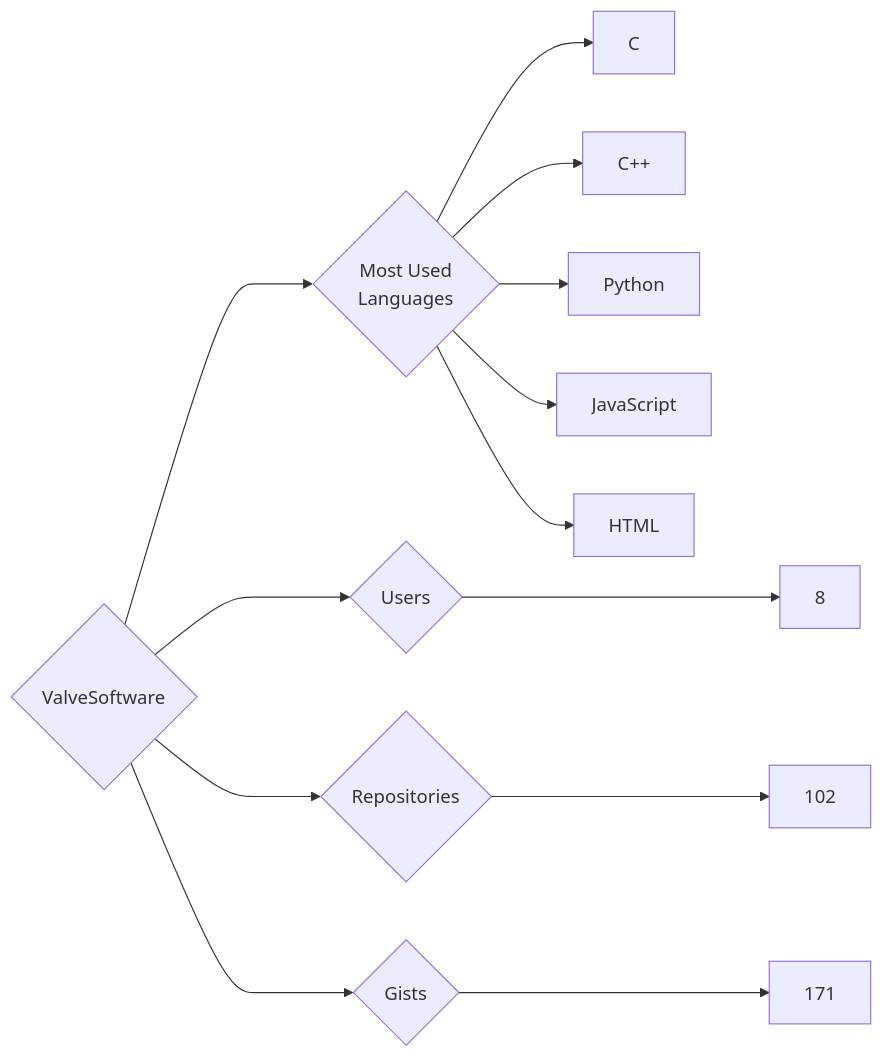
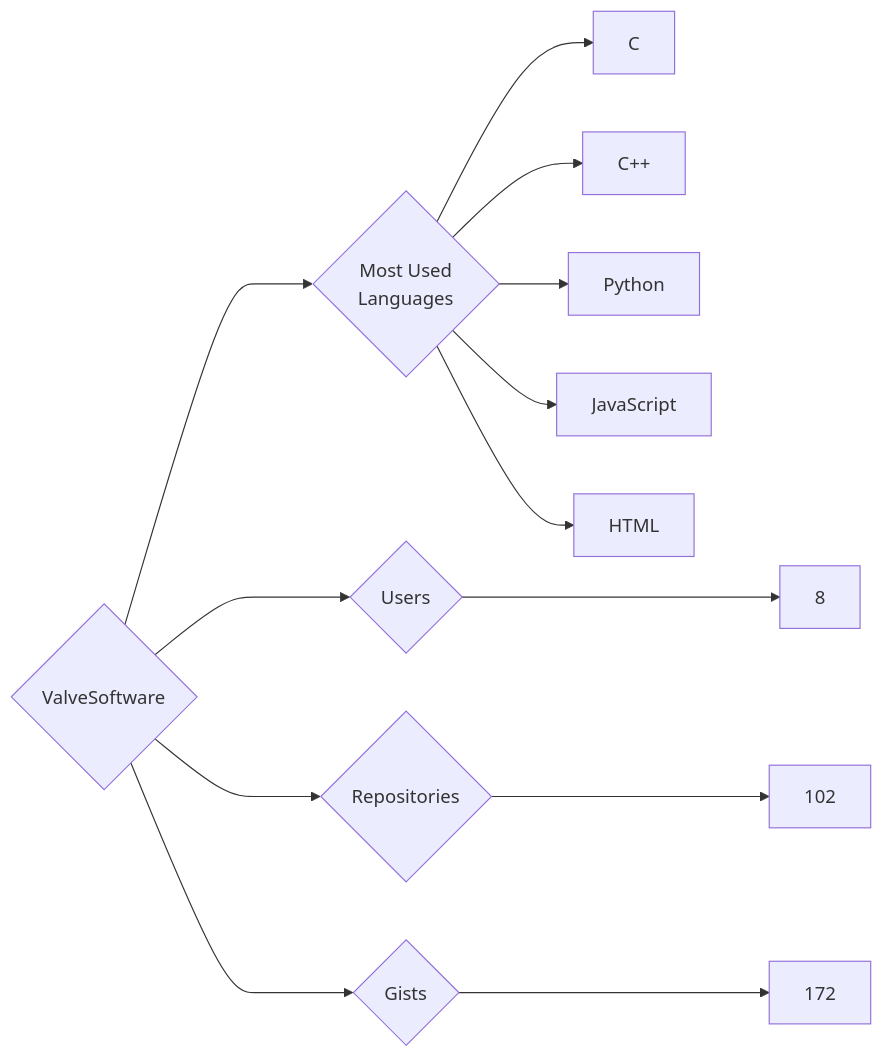
Before and after one commit to trickest/insiders: the diagram in targets/ValveSoftware/README.md, drawn with Mermaid. The commit also changed 773 other files, not shown here.

````diff
--- a/targets/ValveSoftware/README.md
+++ b/targets/ValveSoftware/README.md
@@ -3,13 +3,13 @@
 ```mermaid
 graph LR
 COMPANY_NAME{ValveSoftware}
 COMPANY_NAME ---> U{Users} ---> UN[8]
 COMPANY_NAME ---> R{Repositories} ---> RN[102]
-COMPANY_NAME ---> G{Gists} ---> GN[171]
+COMPANY_NAME ---> G{Gists} ---> GN[172]
 COMPANY_NAME ---> ML{Most Used<br>Languages}
 ML --> C[C]
 ML --> C++[C++]
 ML --> Python[Python]
 ML --> JavaScript[JavaScript]
 ML --> HTML[HTML]
 ```
````
